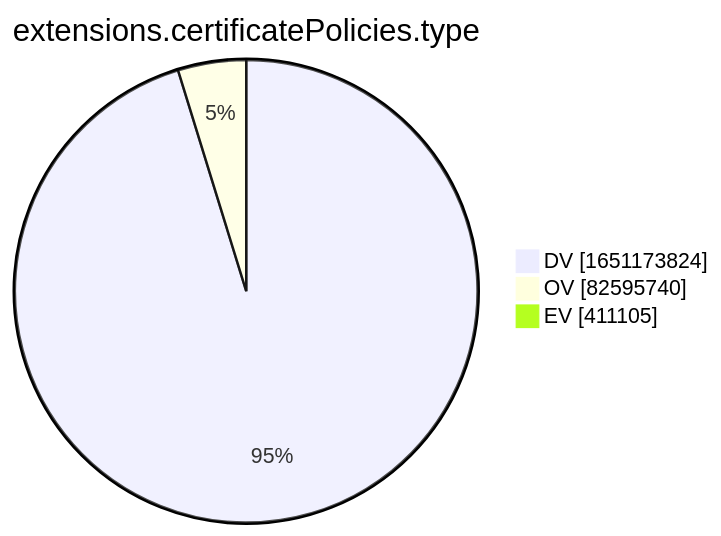
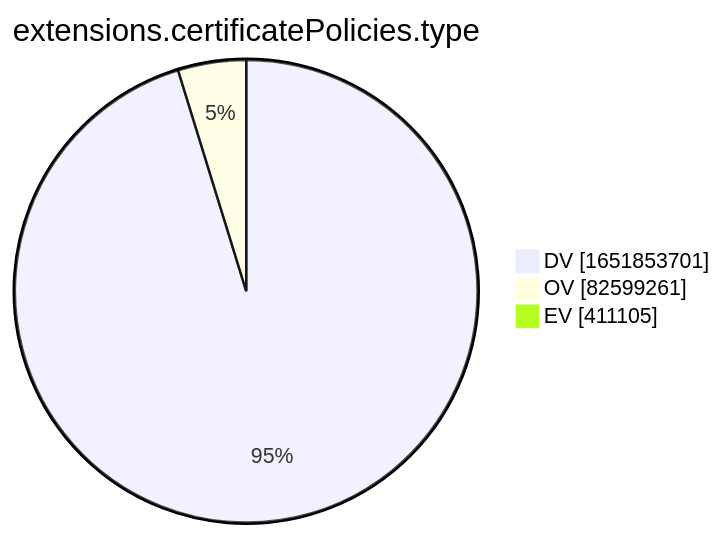
One commit to christiankrug/ctmonitor_visualization changed the tenth of 15 diagrams in xenon2022/README.md. Above: the diagram before and after it, drawn with Mermaid. The commit also changed other lines of this file, not shown here.

````diff
--- a/xenon2022/README.md
+++ b/xenon2022/README.md
@@ -2880,7 +2880,7 @@
 ```mermaid
 pie showData
 title extensions.certificatePolicies.type
-"DV" :1651173824
-"OV" :82595740
+"DV" :1651853701
+"OV" :82599261
 "EV" :411105
 ```
````
